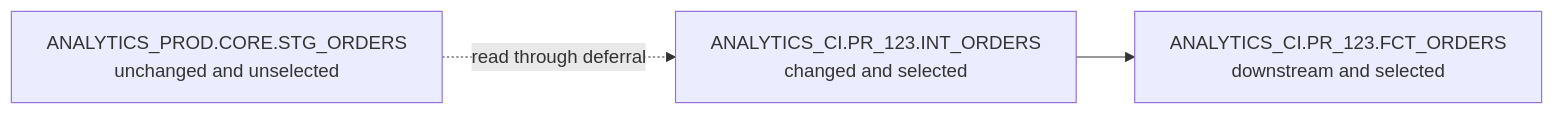
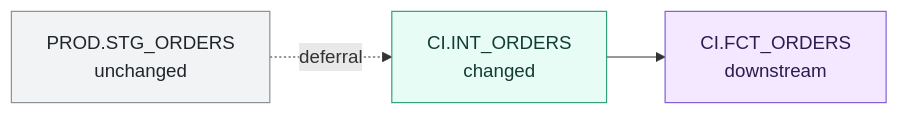
The second of 2 diagrams in 02 dbt/04 Incremental Processing and Performance/36 Model Selection State and Deferral.md (shonningsoy/Upskill), drawn with Mermaid before and after one commit. The commit also changed other lines of this file and 31 other files, not shown here.

Commit message:
Improve dbt chapters two through four readability

````diff
--- a/02 dbt/04 Incremental Processing and Performance/36 Model Selection State and Deferral.md
+++ b/02 dbt/04 Incremental Processing and Performance/36 Model Selection State and Deferral.md
@@ -87,5 +98,14 @@
 ```mermaid
 flowchart LR
-    A["ANALYTICS_PROD.CORE.STG_ORDERS<br/>unchanged and unselected"] -. "read through deferral" .-> B["ANALYTICS_CI.PR_123.INT_ORDERS<br/>changed and selected"]
-    B --> C["ANALYTICS_CI.PR_123.FCT_ORDERS<br/>downstream and selected"]
+    A["PROD.STG_ORDERS<br/>unchanged"] -. deferral .-> B["CI.INT_ORDERS<br/>changed"]
+    B --> C["CI.FCT_ORDERS<br/>downstream"]
+
+    classDef input fill:#E8F0FE,stroke:#4C6EF5,color:#172B4D
+    classDef control fill:#FFF3BF,stroke:#D69E2E,color:#3D2E00
+    classDef dbt fill:#E6FCF5,stroke:#2F9E7B,color:#123C34
+    classDef platform fill:#F1F3F5,stroke:#868E96,color:#212529
+    classDef output fill:#F3E8FF,stroke:#805AD5,color:#2D1B4E
+    class A platform
+    class B dbt
+    class C output
 ```
````
